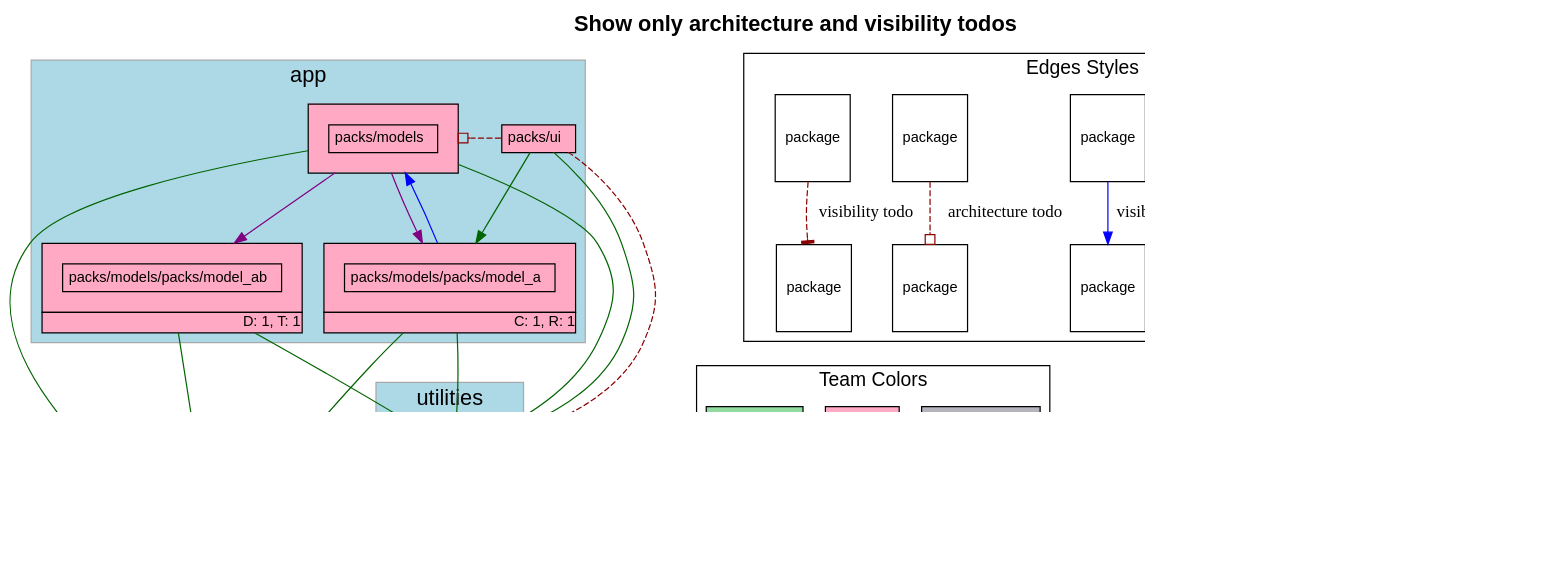
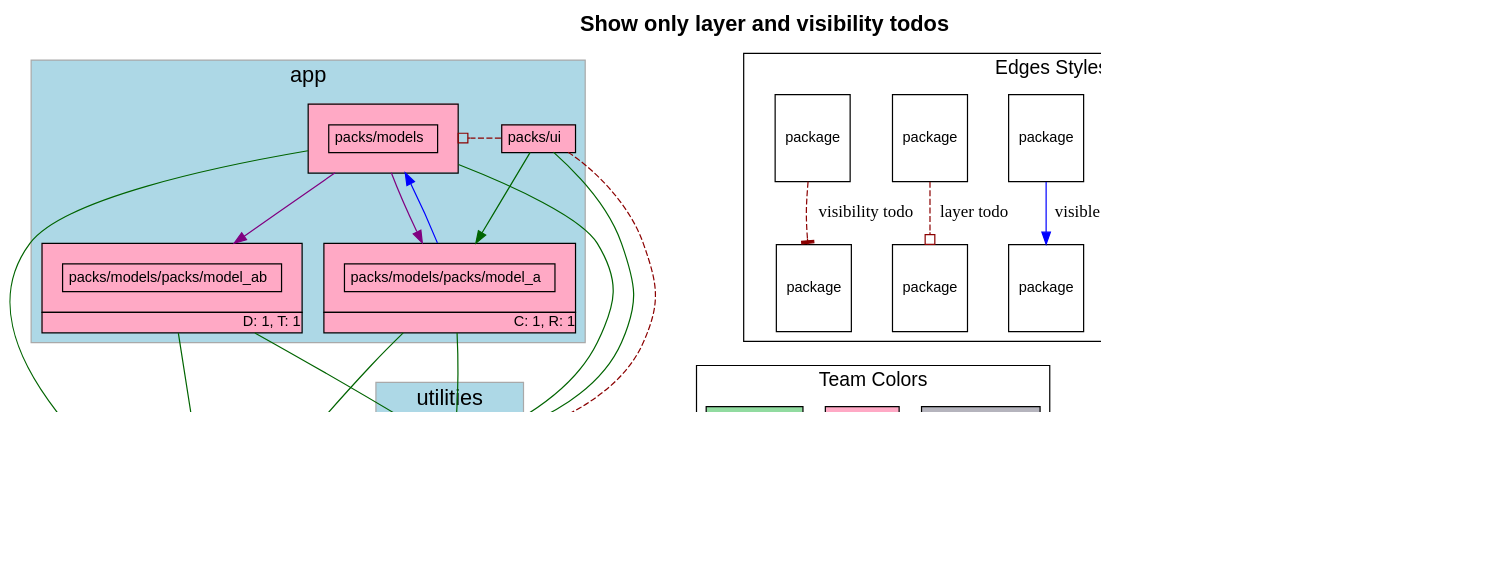
The diagram in spec/sample_app1/test_output/relationship_todo_types.dot (rubyatscale/visualize_packs), drawn with Graphviz before and after one commit. The commit also changed 15 other files, not shown here.

First line of the commit message:
Renaming architecture to layer (#66)

```diff
--- a/spec/sample_app1/test_output/relationship_todo_types.dot
+++ b/spec/sample_app1/test_output/relationship_todo_types.dot
@@ -5,7 +5,7 @@
     fontname="Helvetica,Arial,sans-serif"
     dpi=100
     layout=dot
-    label=<<b>Show only architecture and visibility todos</b>>
+    label=<<b>Show only layer and visibility todos</b>>
     fontsize=18
   ]
   node [
@@ -151,7 +151,7 @@
               penwidth=1            ]
             "packs/ui" -> "packs/models" [
                 constraint=false
-              # headlabel="architecture"
+              # headlabel="layer"
 color=darkred style=dashed arrowhead=obox
               penwidth=1            ]
           "packs/models" -> "packs/models/packs/model_a" [ color=purple ]
@@ -171,7 +171,7 @@
       O -> P [label="visible to" color=blue]
       E [ fontsize=12 shape=box label="package"]
       F [ fontsize=12 shape=box label="package"]
-      E -> F [label="architecture todo" color=darkred style=dashed arrowhead=obox]
+      E -> F [label="layer todo" color=darkred style=dashed arrowhead=obox]
       G [ fontsize=12 shape=box label="package"]
       H [ fontsize=12 shape=box label="package"]
       G -> H [label="visibility todo" color=darkred style=dashed arrowhead=tee]
```
